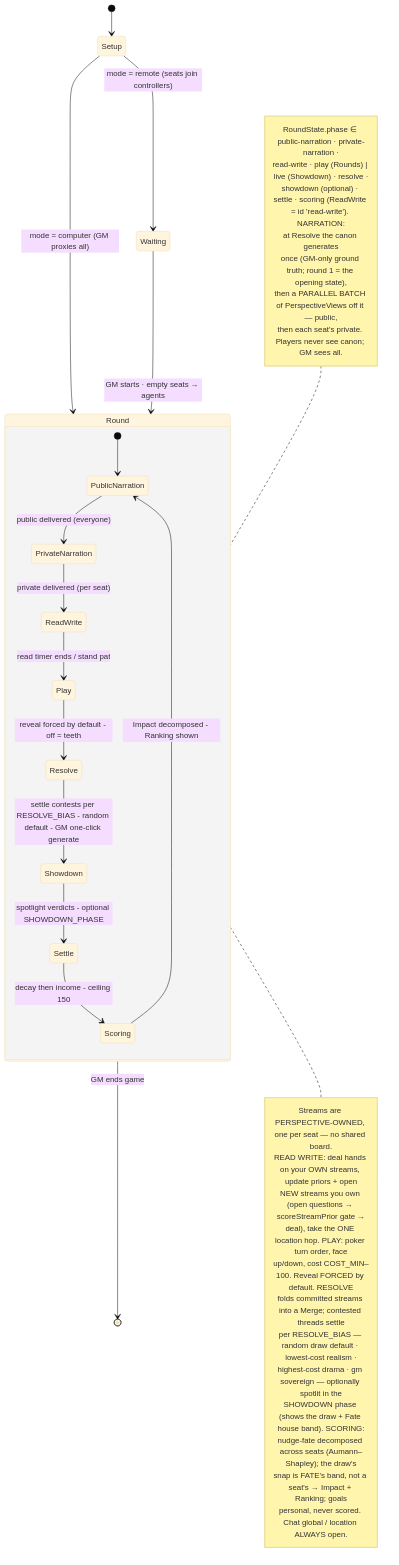
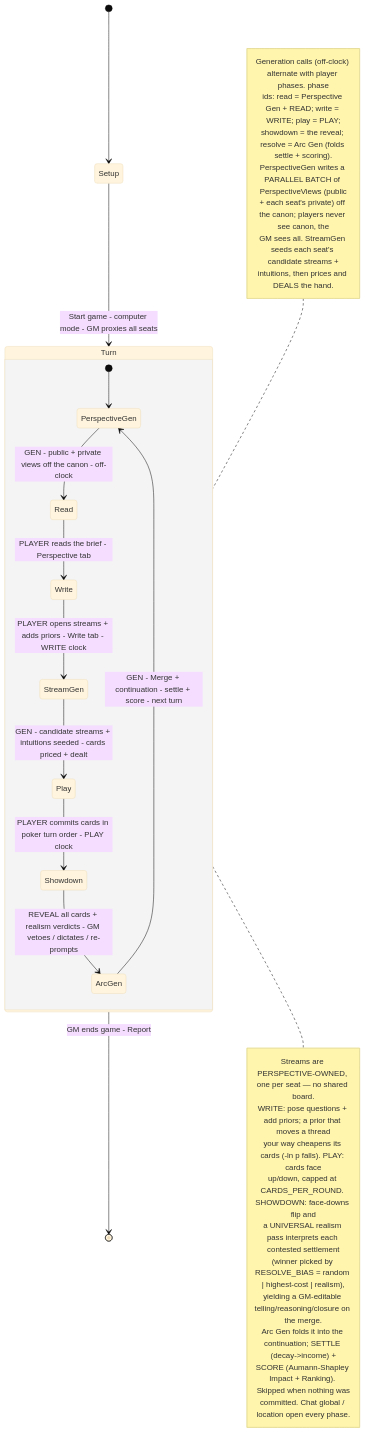
One commit to jasonyu0100/meridians changed the eighth of 11 diagrams in MERMAID.md. Above: the diagram before and after it, drawn with Mermaid (base theme). The commit also changed other lines of this file and 191 other files, not shown here.

````diff
--- a/MERMAID.md
+++ b/MERMAID.md
@@ -257,44 +257,39 @@
 ```mermaid
 stateDiagram-v2
     [*] --> Setup
-    Setup --> Waiting: mode = remote (seats join controllers)
-    Setup --> Round: mode = computer (GM proxies all)
-    Waiting --> Round: GM starts · empty seats → agents
+    Setup --> Turn: Start game - computer mode - GM proxies all seats
 
-    state Round {
-        [*] --> PublicNarration
-        PublicNarration --> PrivateNarration: public delivered (everyone)
-        PrivateNarration --> ReadWrite: private delivered (per seat)
-        ReadWrite --> Play: read timer ends / stand pat
-        Play --> Resolve: reveal forced by default - off = teeth
-        Resolve --> Showdown: settle contests per RESOLVE_BIAS - random default - GM one-click generate
-        Showdown --> Settle: spotlight verdicts - optional SHOWDOWN_PHASE
-        Settle --> Scoring: decay then income - ceiling 150
-        Scoring --> PublicNarration: Impact decomposed - Ranking shown
+    state Turn {
+        [*] --> PerspectiveGen
+        PerspectiveGen --> Read: GEN - public + private views off the canon - off-clock
+        Read --> Write: PLAYER reads the brief - Perspective tab
+        Write --> StreamGen: PLAYER opens streams + adds priors - Write tab - WRITE clock
+        StreamGen --> Play: GEN - candidate streams + intuitions seeded - cards priced + dealt
+        Play --> Showdown: PLAYER commits cards in poker turn order - PLAY clock
+        Showdown --> ArcGen: REVEAL all cards + realism verdicts - GM vetoes / dictates / re-prompts
+        ArcGen --> PerspectiveGen: GEN - Merge + continuation - settle + score - next turn
     }
-    Round --> [*]: GM ends game
+    Turn --> [*]: GM ends game - Report
 
-    note left of Round
-      RoundState.phase ∈ public-narration · private-narration ·
-      read-write · play (Rounds) | live (Showdown) · resolve ·
-      showdown (optional) · settle · scoring (ReadWrite = id 'read-write'). NARRATION:
-      at Resolve the canon generates
-      once (GM-only ground truth; round 1 = the opening state),
-      then a PARALLEL BATCH of PerspectiveViews off it — public,
-      then each seat's private. Players never see canon; GM sees all.
+    note left of Turn
+      Generation calls (off-clock) alternate with player phases. phase
+      ids: read = Perspective Gen + READ; write = WRITE; play = PLAY;
+      showdown = the reveal; resolve = Arc Gen (folds settle + scoring).
+      PerspectiveGen writes a PARALLEL BATCH of PerspectiveViews (public
+      + each seat's private) off the canon; players never see canon, the
+      GM sees all. StreamGen seeds each seat's candidate streams +
+      intuitions, then prices and DEALS the hand.
     end note
-    note right of Round
+    note right of Turn
       Streams are PERSPECTIVE-OWNED, one per seat — no shared board.
-      READ WRITE: deal hands on your OWN streams, update priors + open
-      NEW streams you own (open questions → scoreStreamPrior gate →
-      deal), take the ONE location hop. PLAY: poker turn order, face
-      up/down, cost COST_MIN–100. Reveal FORCED by default. RESOLVE
-      folds committed streams into a Merge; contested threads settle
-      per RESOLVE_BIAS — random draw default · lowest-cost realism ·
-      highest-cost drama · gm sovereign — optionally spotlit in the
-      SHOWDOWN phase (shows the draw + Fate house band). SCORING:
-      nudge-fate decomposed across seats (Aumann–Shapley); the draw's
-      snap is FATE's band, not a seat's → Impact + Ranking; goals
-      personal, never scored. Chat global / location ALWAYS open.
+      WRITE: pose questions + add priors; a prior that moves a thread
+      your way cheapens its cards (-ln p falls). PLAY: cards face
+      up/down, capped at CARDS_PER_ROUND. SHOWDOWN: face-downs flip and
+      a UNIVERSAL realism pass interprets each contested settlement
+      (winner picked by RESOLVE_BIAS = random | highest-cost | realism),
+      yielding a GM-editable telling/reasoning/closure on the merge.
+      Arc Gen folds it into the continuation; SETTLE (decay->income) +
+      SCORE (Aumann-Shapley Impact + Ranking). Skipped when nothing was
+      committed. Chat global / location open every phase.
     end note
 ```
````
